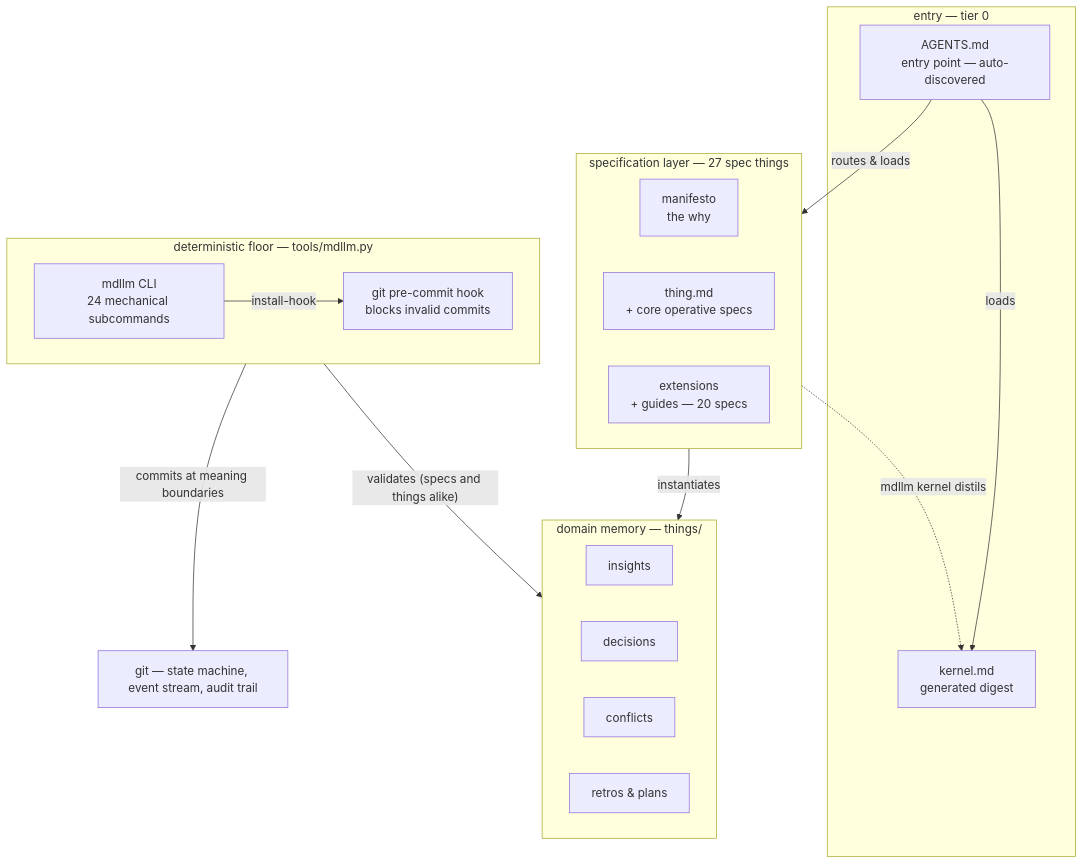
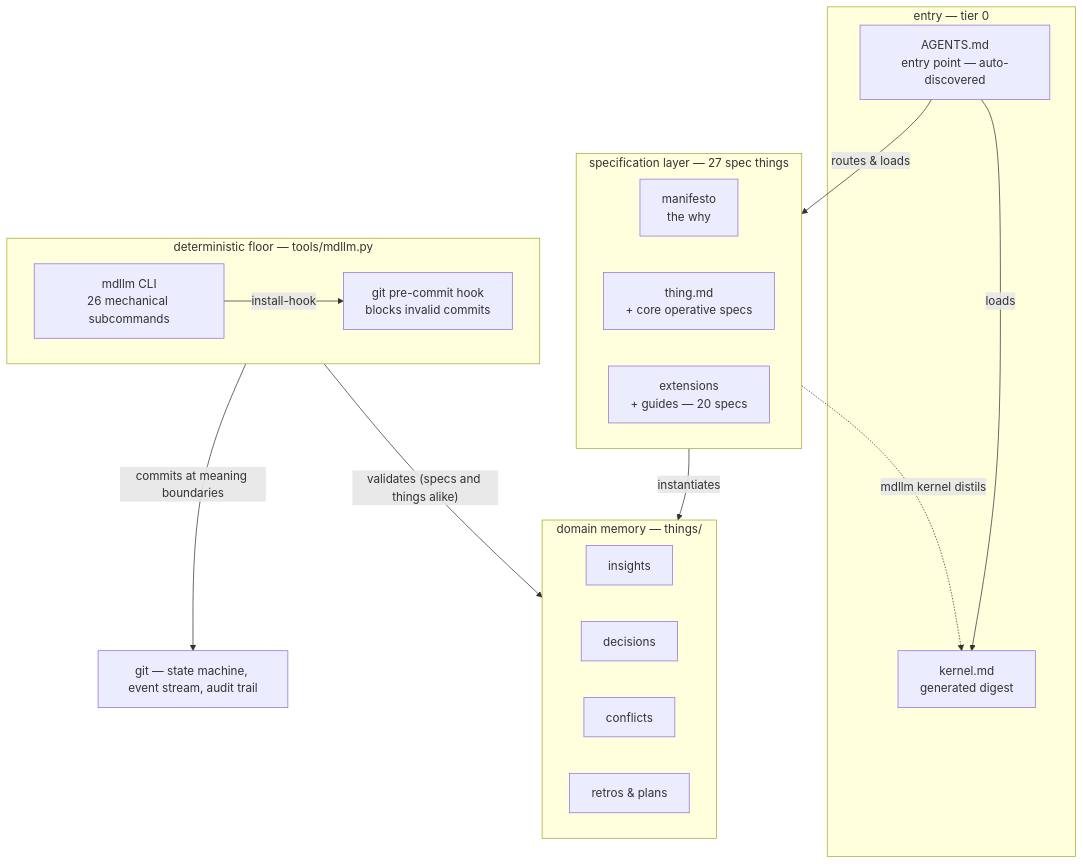
Before and after one commit to JanoshMoshiri/MarkdownLLM: the first of 4 diagrams in docs/framework-map.md, drawn with Mermaid. The commit also changed other lines of this file and 6 other files, not shown here.

````diff
--- a/docs/framework-map.md
+++ b/docs/framework-map.md
@@ -54,31 +54,31 @@
 ```mermaid
 flowchart TD
     subgraph entry ["entry — tier 0"]
         AGENTS["AGENTS.md<br/>entry point — auto-discovered"]
         KERNEL["kernel.md<br/>generated digest"]
     end
     subgraph specs ["specification layer — 27 spec things"]
         MANIFESTO["manifesto<br/>the why"]
         THING["thing.md<br/>+ core operative specs"]
         EXT["extensions<br/>+ guides — 20 specs"]
     end
     subgraph memory ["domain memory — things/"]
         INSIGHTS["insights"]
         DECISIONS["decisions"]
         CONFLICTS["conflicts"]
         RETROS["retros & plans"]
     end
     subgraph floor ["deterministic floor — tools/mdllm.py"]
-        MDLLM["mdllm CLI<br/>24 mechanical subcommands"]
+        MDLLM["mdllm CLI<br/>26 mechanical subcommands"]
         HOOK["git pre-commit hook<br/>blocks invalid commits"]
     end
     GIT["git — state machine, event stream, audit trail"]
 
     AGENTS -->|loads| KERNEL
     AGENTS -->|routes & loads| specs
     specs -.->|"mdllm kernel distils"| KERNEL
     specs -->|instantiates| memory
     MDLLM -->|install-hook| HOOK
     floor -->|"validates (specs and things alike)"| memory
     floor -->|commits at meaning boundaries| GIT
 ```
````
